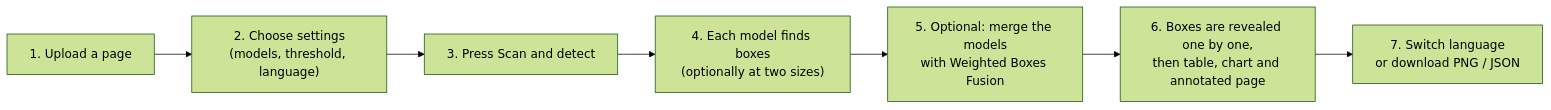
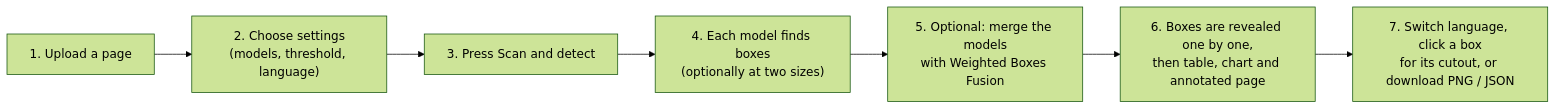
One commit to RajdipDhar2007/IndicDLP-Live-Layout-Studio changed the fourth of 6 diagrams in README.md. Above: the diagram before and after it, drawn with Mermaid (forest theme). The commit also changed other lines of this file and 1 other file, not shown here.

Commit message:
Add click-to-cutout download and coordinate readout for detected boxes; richer detections JSON; update README

````diff
--- a/README.md
+++ b/README.md
@@ -471,9 +477,9 @@
 ```mermaid
 flowchart LR
     A["1. Upload a page"] --> B["2. Choose settings<br/>(models, threshold, language)"]
     B --> C["3. Press Scan and detect"]
     C --> D["4. Each model finds boxes<br/>(optionally at two sizes)"]
     D --> E["5. Optional: merge the models<br/>with Weighted Boxes Fusion"]
     E --> F["6. Boxes are revealed one by one,<br/>then table, chart and annotated page"]
-    F --> G["7. Switch language<br/>or download PNG / JSON"]
+    F --> G["7. Switch language, click a box<br/>for its cutout, or download PNG / JSON"]
 ```
````
